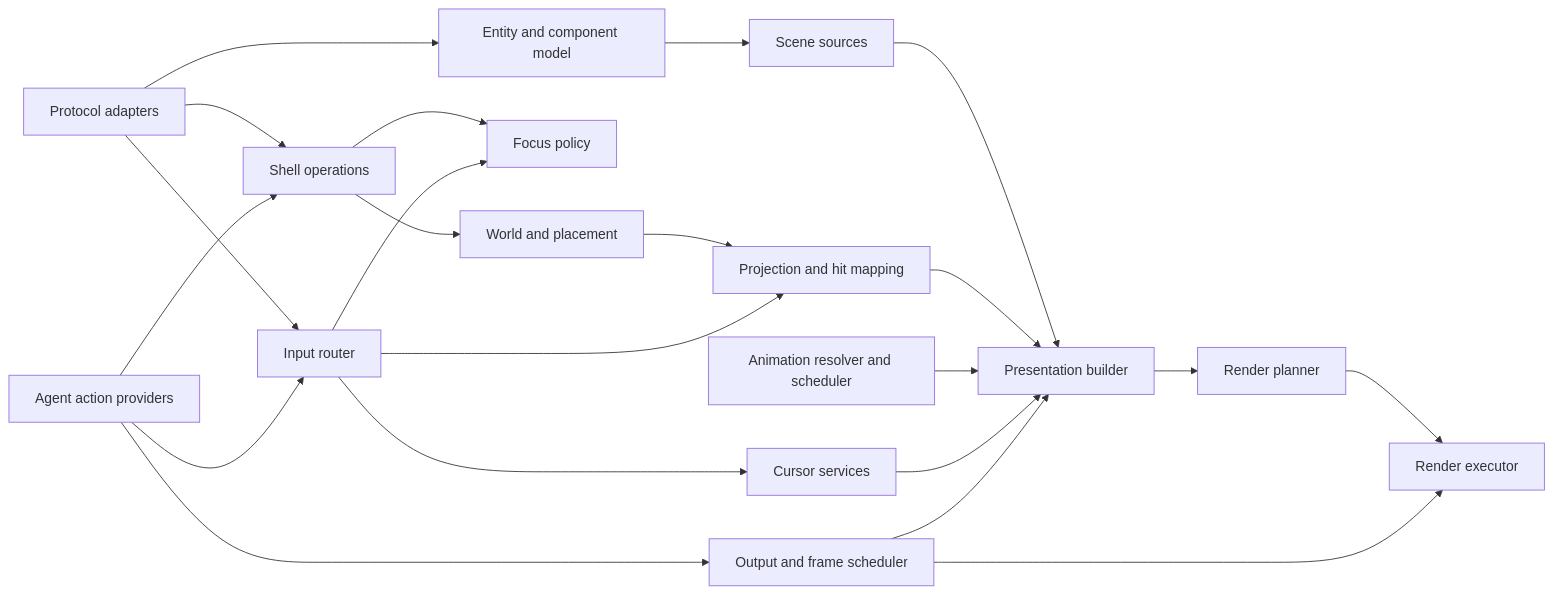
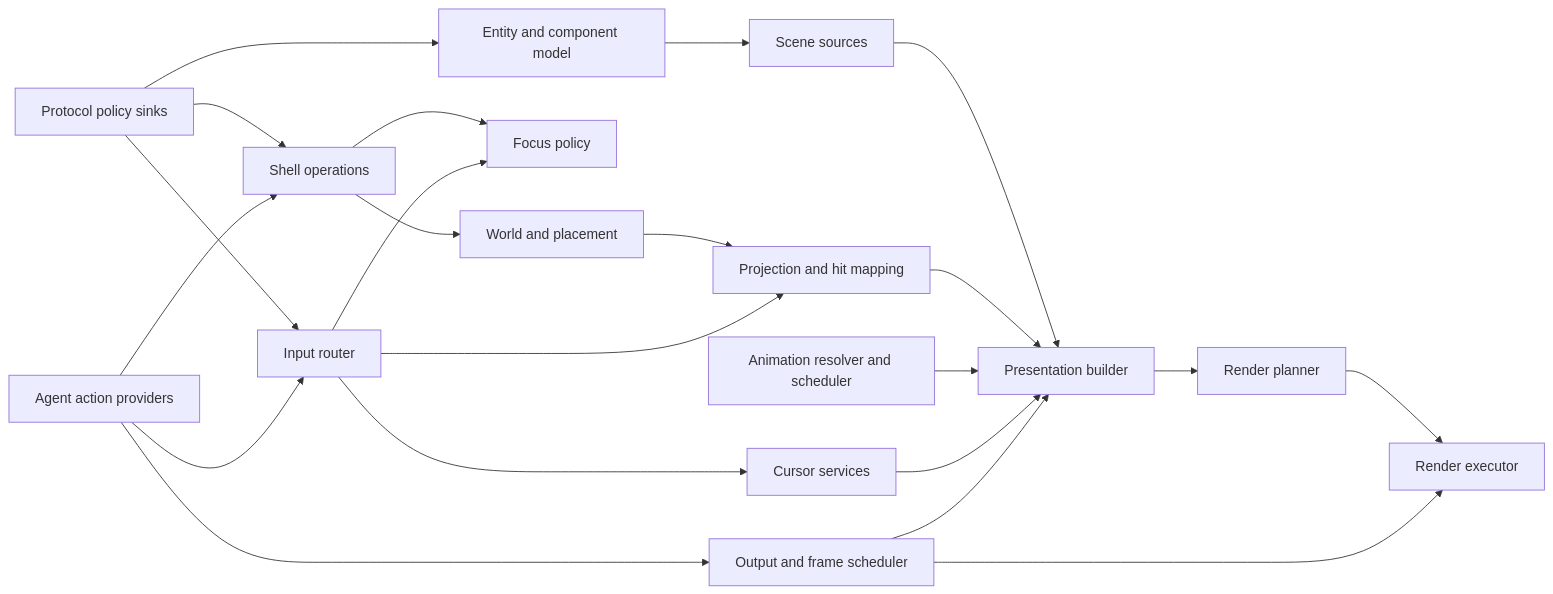
Diagram 11 of 20 in docs/LAYER-2-CLOS-DESIGN.md (SeungheonOh/ataxia), drawn with Mermaid before and after one commit. The commit also changed other lines of this file, not shown here.

Commit message:
docs: replace native event router with protocol sinks

````diff
--- a/docs/LAYER-2-CLOS-DESIGN.md
+++ b/docs/LAYER-2-CLOS-DESIGN.md
@@ -768,39 +770,39 @@
 ```mermaid
 flowchart LR
-    PROTO[Protocol adapters]
+    PROTO[Protocol policy sinks]
     MODEL[Entity and component model]
     SHELL[Shell operations]
     FOCUS[Focus policy]
     WORLD[World and placement]
     SCENE[Scene sources]
     PROJ[Projection and hit mapping]
     ANIM[Animation resolver and scheduler]
     PRES[Presentation builder]
     PLAN[Render planner]
     EXEC[Render executor]
     OUT[Output and frame scheduler]
     INPUT[Input router]
     CURSOR[Cursor services]
     AGENT[Agent action providers]
 
     PROTO --> MODEL
     PROTO --> SHELL
     PROTO --> INPUT
     SHELL --> WORLD
     SHELL --> FOCUS
     MODEL --> SCENE
     WORLD --> PROJ
     SCENE --> PRES
     PROJ --> PRES
     ANIM --> PRES
     CURSOR --> PRES
     PRES --> PLAN --> EXEC
     OUT --> PRES
     OUT --> EXEC
     INPUT --> CURSOR
     INPUT --> PROJ
     INPUT --> FOCUS
     AGENT --> SHELL
     AGENT --> INPUT
     AGENT --> OUT
 ```
````
